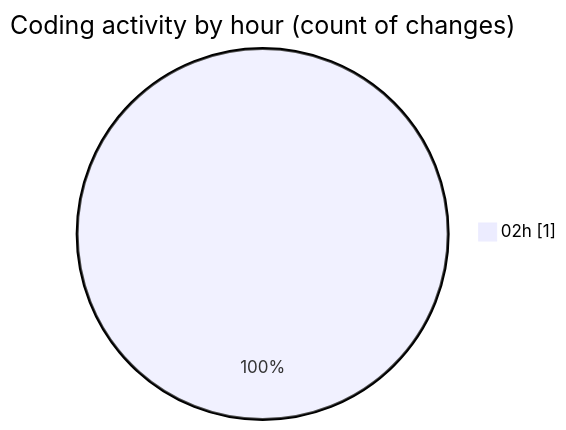
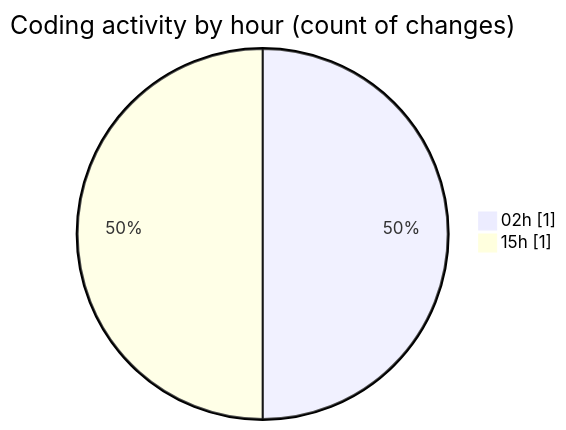
The second of 2 diagrams in 2025-09-05/erp-alpha/README.md (FelipKnott/code-tracking), drawn with Mermaid before and after one commit. The commit also changed other lines of this file and 1 other file, not shown here.

````diff
--- a/2025-09-05/erp-alpha/README.md
+++ b/2025-09-05/erp-alpha/README.md
@@ -28,5 +28,6 @@
 ```mermaid
 pie showData
 title Coding activity by hour (count of changes)
 "02h" : 1
+"15h" : 1
 ```
````
